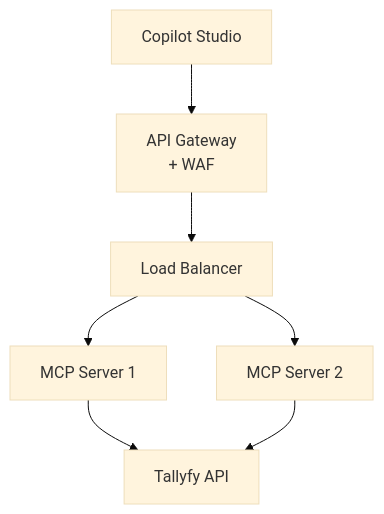
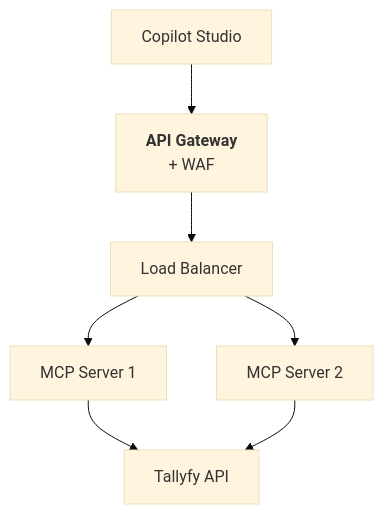
Before and after one commit to tallyfy/documentation: the third of 3 diagrams in src/content/docs/pro/integrations/mcp-server/microsoft-copilot-studio/index.mdx, drawn with Mermaid (base theme). The commit also changed other lines of this file and 22 other files, not shown here.

Commit message:
Adding changes to Mermaid

````diff
--- a/src/content/docs/pro/integrations/mcp-server/microsoft-copilot-studio/index.mdx
+++ b/src/content/docs/pro/integrations/mcp-server/microsoft-copilot-studio/index.mdx
@@ -125,14 +131,15 @@
 ```mermaid
 graph TB
-    Copilot[Copilot Studio] --> Gateway[API Gateway<br/>+ WAF]
+    Copilot[Copilot Studio] --> Gateway["`**API Gateway**
++ WAF`"]
     Gateway --> LB[Load Balancer]
     
     LB --> MCP1[MCP Server 1]
     LB --> MCP2[MCP Server 2]
     
     MCP1 --> API[Tallyfy API]
     MCP2 --> API
     
     click API "/products/pro/integrations/open-api/" "API documentation"
     click Copilot "#prerequisites" "Setup prerequisites"
 ```
````
